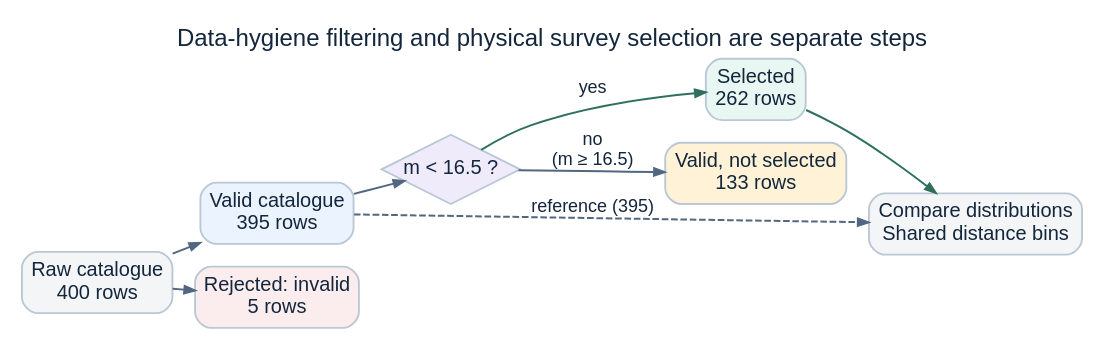
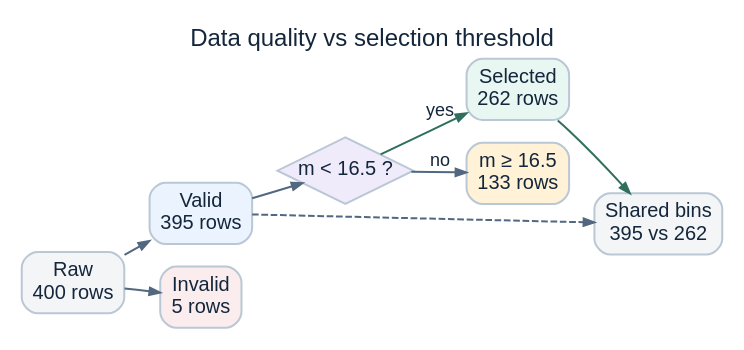
The diagram in book/diagrams/catalogue-selection.dot (xangma/jupyter_data_languages), drawn with Graphviz before and after one commit. The commit also changed 20 other files, not shown here.

Commit message:
Trim all remaining Primer, Session 1, Session 3, and Signal diagrams

```diff
--- a/book/diagrams/catalogue-selection.dot
+++ b/book/diagrams/catalogue-selection.dot
@@ -1,34 +1,34 @@
 // Observed counts: book/01-catalogue.ipynb.
 digraph catalogue_selection {
   graph [
-    rankdir=LR, bgcolor="white", pad=0.12, nodesep=0.24, ranksep=0.20,
+    rankdir=LR, bgcolor="white", pad=0.12, nodesep=0.24, ranksep=0.24,
     fontname="Arial", fontsize=18, fontcolor="#14263C",
-    label="Data-hygiene filtering and physical survey selection are separate steps",
+    label="Data quality vs selection threshold",
     labelloc=t
   ];
   node [
     shape=box, style="rounded,filled", fontname="Arial", fontsize=15,
-    fontcolor="#14263C", color="#BAC7D5", penwidth=1.4, margin="0.10,0.08"
+    fontcolor="#14263C", color="#BAC7D5", penwidth=1.5, margin="0.11,0.08"
   ];
   edge [
     fontname="Arial", fontsize=13.5, color="#526780", fontcolor="#14263C",
     arrowsize=0.8, penwidth=1.5
   ];
 
-  raw [label="Raw catalogue\n400 rows", fillcolor="#F3F5F7"];
-  valid [label="Valid catalogue\n395 rows", fillcolor="#EAF3FE"];
-  invalid [label="Rejected: invalid\n5 rows", fillcolor="#FBEDED"];
+  raw [label="Raw\n400 rows", fillcolor="#F3F5F7"];
+  valid [label="Valid\n395 rows", fillcolor="#EAF3FE"];
+  invalid [label="Invalid\n5 rows", fillcolor="#FBEDED"];
   cut [shape=diamond, style=filled, label="m < 16.5 ?", fillcolor="#F0EBFA",
-       fixedsize=true, width=1.45, height=0.72];
+       fixedsize=true, width=1.42, height=0.70];
   selected [label="Selected\n262 rows", fillcolor="#E9F7F2"];
-  excluded [label="Valid, not selected\n133 rows", fillcolor="#FFF2D6"];
-  compare [label="Compare distributions\nShared distance bins", fillcolor="#F3F5F7"];
+  excluded [label="m ≥ 16.5\n133 rows", fillcolor="#FFF2D6"];
+  compare [label="Shared bins\n395 vs 262", fillcolor="#F3F5F7"];
 
   raw -> valid;
   raw -> invalid;
-  valid -> compare [style=dashed, label="reference (395)"];
+  valid -> compare [style=dashed];
   valid -> cut;
   cut -> selected [color="#2F6F5E", label="yes"];
-  cut -> excluded [label="no\n(m ≥ 16.5)"];
+  cut -> excluded [label="no"];
   selected -> compare [color="#2F6F5E"];
 }
```
